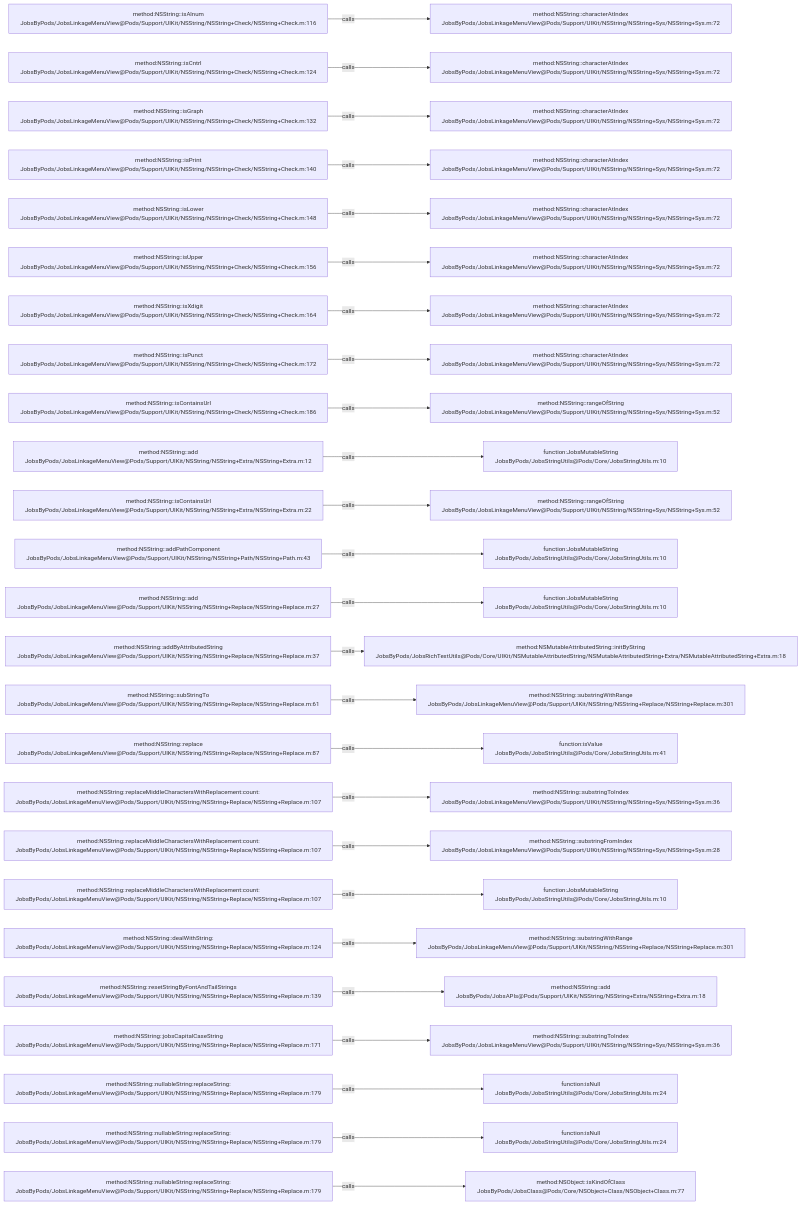
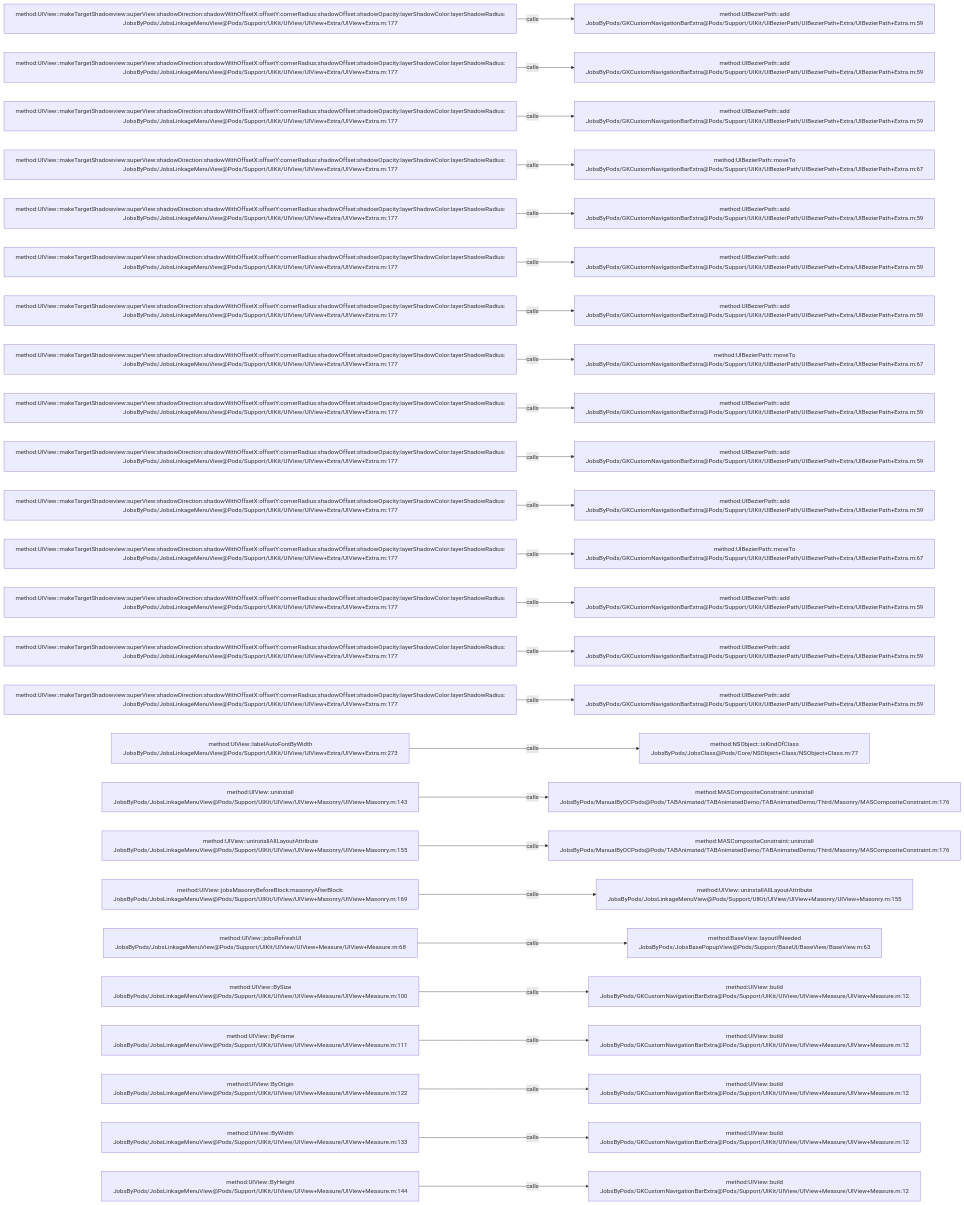
The diagram in .codegraph/codegraph.md/graphs/calls-104.md (JobsKits/JobsOCBaseConfigDemo), drawn with Mermaid before and after one commit. The commit also changed 639 other files, not shown here.

````diff
--- a/.codegraph/codegraph.md/graphs/calls-104.md
+++ b/.codegraph/codegraph.md/graphs/calls-104.md
@@ -13,78 +13,78 @@
 ```mermaid
 flowchart LR
-  S1["method:NSString::isAlnum<br/>JobsByPods/JobsLinkageMenuView@Pods/Support/UIKit/NSString/NSString+Check/NSString+Check.m:116"]
-  T1["method:NSString::characterAtIndex<br/>JobsByPods/JobsLinkageMenuView@Pods/Support/UIKit/NSString/NSString+Sys/NSString+Sys.m:72"]
+  S1["method:UIView::makeTargetShadowview:superView:shadowDirection:shadowWithOffsetX:offsetY:cornerRadius:shadowOffset:shadowOpacity:layerShadowColor:layerShadowRadius:<br/>JobsByPods/JobsLinkageMenuView@Pods/Support/UIKit/UIView/UIView+Extra/UIView+Extra.m:177"]
+  T1["method:UIBezierPath::add<br/>JobsByPods/GKCustomNavigationBarExtra@Pods/Support/UIKit/UIBezierPath/UIBezierPath+Extra/UIBezierPath+Extra.m:59"]
   S1 -->|calls| T1
-  S2["method:NSString::isCntrl<br/>JobsByPods/JobsLinkageMenuView@Pods/Support/UIKit/NSString/NSString+Check/NSString+Check.m:124"]
-  T2["method:NSString::characterAtIndex<br/>JobsByPods/JobsLinkageMenuView@Pods/Support/UIKit/NSString/NSString+Sys/NSString+Sys.m:72"]
+  S2["method:UIView::makeTargetShadowview:superView:shadowDirection:shadowWithOffsetX:offsetY:cornerRadius:shadowOffset:shadowOpacity:layerShadowColor:layerShadowRadius:<br/>JobsByPods/JobsLinkageMenuView@Pods/Support/UIKit/UIView/UIView+Extra/UIView+Extra.m:177"]
+  T2["method:UIBezierPath::add<br/>JobsByPods/GKCustomNavigationBarExtra@Pods/Support/UIKit/UIBezierPath/UIBezierPath+Extra/UIBezierPath+Extra.m:59"]
   S2 -->|calls| T2
-  S3["method:NSString::isGraph<br/>JobsByPods/JobsLinkageMenuView@Pods/Support/UIKit/NSString/NSString+Check/NSString+Check.m:132"]
-  T3["method:NSString::characterAtIndex<br/>JobsByPods/JobsLinkageMenuView@Pods/Support/UIKit/NSString/NSString+Sys/NSString+Sys.m:72"]
+  S3["method:UIView::makeTargetShadowview:superView:shadowDirection:shadowWithOffsetX:offsetY:cornerRadius:shadowOffset:shadowOpacity:layerShadowColor:layerShadowRadius:<br/>JobsByPods/JobsLinkageMenuView@Pods/Support/UIKit/UIView/UIView+Extra/UIView+Extra.m:177"]
+  T3["method:UIBezierPath::add<br/>JobsByPods/GKCustomNavigationBarExtra@Pods/Support/UIKit/UIBezierPath/UIBezierPath+Extra/UIBezierPath+Extra.m:59"]
   S3 -->|calls| T3
-  S4["method:NSString::isPrint<br/>JobsByPods/JobsLinkageMenuView@Pods/Support/UIKit/NSString/NSString+Check/NSString+Check.m:140"]
-  T4["method:NSString::characterAtIndex<br/>JobsByPods/JobsLinkageMenuView@Pods/Support/UIKit/NSString/NSString+Sys/NSString+Sys.m:72"]
+  S4["method:UIView::makeTargetShadowview:superView:shadowDirection:shadowWithOffsetX:offsetY:cornerRadius:shadowOffset:shadowOpacity:layerShadowColor:layerShadowRadius:<br/>JobsByPods/JobsLinkageMenuView@Pods/Support/UIKit/UIView/UIView+Extra/UIView+Extra.m:177"]
+  T4["method:UIBezierPath::moveTo<br/>JobsByPods/GKCustomNavigationBarExtra@Pods/Support/UIKit/UIBezierPath/UIBezierPath+Extra/UIBezierPath+Extra.m:67"]
   S4 -->|calls| T4
-  S5["method:NSString::isLower<br/>JobsByPods/JobsLinkageMenuView@Pods/Support/UIKit/NSString/NSString+Check/NSString+Check.m:148"]
-  T5["method:NSString::characterAtIndex<br/>JobsByPods/JobsLinkageMenuView@Pods/Support/UIKit/NSString/NSString+Sys/NSString+Sys.m:72"]
+  S5["method:UIView::makeTargetShadowview:superView:shadowDirection:shadowWithOffsetX:offsetY:cornerRadius:shadowOffset:shadowOpacity:layerShadowColor:layerShadowRadius:<br/>JobsByPods/JobsLinkageMenuView@Pods/Support/UIKit/UIView/UIView+Extra/UIView+Extra.m:177"]
+  T5["method:UIBezierPath::add<br/>JobsByPods/GKCustomNavigationBarExtra@Pods/Support/UIKit/UIBezierPath/UIBezierPath+Extra/UIBezierPath+Extra.m:59"]
   S5 -->|calls| T5
-  S6["method:NSString::isUpper<br/>JobsByPods/JobsLinkageMenuView@Pods/Support/UIKit/NSString/NSString+Check/NSString+Check.m:156"]
-  T6["method:NSString::characterAtIndex<br/>JobsByPods/JobsLinkageMenuView@Pods/Support/UIKit/NSString/NSString+Sys/NSString+Sys.m:72"]
+  S6["method:UIView::makeTargetShadowview:superView:shadowDirection:shadowWithOffsetX:offsetY:cornerRadius:shadowOffset:shadowOpacity:layerShadowColor:layerShadowRadius:<br/>JobsByPods/JobsLinkageMenuView@Pods/Support/UIKit/UIView/UIView+Extra/UIView+Extra.m:177"]
+  T6["method:UIBezierPath::add<br/>JobsByPods/GKCustomNavigationBarExtra@Pods/Support/UIKit/UIBezierPath/UIBezierPath+Extra/UIBezierPath+Extra.m:59"]
   S6 -->|calls| T6
-  S7["method:NSString::isXdigit<br/>JobsByPods/JobsLinkageMenuView@Pods/Support/UIKit/NSString/NSString+Check/NSString+Check.m:164"]
-  T7["method:NSString::characterAtIndex<br/>JobsByPods/JobsLinkageMenuView@Pods/Support/UIKit/NSString/NSString+Sys/NSString+Sys.m:72"]
+  S7["method:UIView::makeTargetShadowview:superView:shadowDirection:shadowWithOffsetX:offsetY:cornerRadius:shadowOffset:shadowOpacity:layerShadowColor:layerShadowRadius:<br/>JobsByPods/JobsLinkageMenuView@Pods/Support/UIKit/UIView/UIView+Extra/UIView+Extra.m:177"]
+  T7["method:UIBezierPath::add<br/>JobsByPods/GKCustomNavigationBarExtra@Pods/Support/UIKit/UIBezierPath/UIBezierPath+Extra/UIBezierPath+Extra.m:59"]
   S7 -->|calls| T7
-  S8["method:NSString::isPunct<br/>JobsByPods/JobsLinkageMenuView@Pods/Support/UIKit/NSString/NSString+Check/NSString+Check.m:172"]
-  T8["method:NSString::characterAtIndex<br/>JobsByPods/JobsLinkageMenuView@Pods/Support/UIKit/NSString/NSString+Sys/NSString+Sys.m:72"]
+  S8["method:UIView::makeTargetShadowview:superView:shadowDirection:shadowWithOffsetX:offsetY:cornerRadius:shadowOffset:shadowOpacity:layerShadowColor:layerShadowRadius:<br/>JobsByPods/JobsLinkageMenuView@Pods/Support/UIKit/UIView/UIView+Extra/UIView+Extra.m:177"]
+  T8["method:UIBezierPath::moveTo<br/>JobsByPods/GKCustomNavigationBarExtra@Pods/Support/UIKit/UIBezierPath/UIBezierPath+Extra/UIBezierPath+Extra.m:67"]
   S8 -->|calls| T8
-  S9["method:NSString::isContainsUrl<br/>JobsByPods/JobsLinkageMenuView@Pods/Support/UIKit/NSString/NSString+Check/NSString+Check.m:186"]
-  T9["method:NSString::rangeOfString<br/>JobsByPods/JobsLinkageMenuView@Pods/Support/UIKit/NSString/NSString+Sys/NSString+Sys.m:52"]
+  S9["method:UIView::makeTargetShadowview:superView:shadowDirection:shadowWithOffsetX:offsetY:cornerRadius:shadowOffset:shadowOpacity:layerShadowColor:layerShadowRadius:<br/>JobsByPods/JobsLinkageMenuView@Pods/Support/UIKit/UIView/UIView+Extra/UIView+Extra.m:177"]
+  T9["method:UIBezierPath::add<br/>JobsByPods/GKCustomNavigationBarExtra@Pods/Support/UIKit/UIBezierPath/UIBezierPath+Extra/UIBezierPath+Extra.m:59"]
   S9 -->|calls| T9
-  S10["method:NSString::add<br/>JobsByPods/JobsLinkageMenuView@Pods/Support/UIKit/NSString/NSString+Extra/NSString+Extra.m:12"]
-  T10["function:JobsMutableString<br/>JobsByPods/JobsStringUtils@Pods/Core/JobsStringUtils.m:10"]
+  S10["method:UIView::makeTargetShadowview:superView:shadowDirection:shadowWithOffsetX:offsetY:cornerRadius:shadowOffset:shadowOpacity:layerShadowColor:layerShadowRadius:<br/>JobsByPods/JobsLinkageMenuView@Pods/Support/UIKit/UIView/UIView+Extra/UIView+Extra.m:177"]
+  T10["method:UIBezierPath::add<br/>JobsByPods/GKCustomNavigationBarExtra@Pods/Support/UIKit/UIBezierPath/UIBezierPath+Extra/UIBezierPath+Extra.m:59"]
   S10 -->|calls| T10
-  S11["method:NSString::isContainsUrl<br/>JobsByPods/JobsLinkageMenuView@Pods/Support/UIKit/NSString/NSString+Extra/NSString+Extra.m:22"]
-  T11["method:NSString::rangeOfString<br/>JobsByPods/JobsLinkageMenuView@Pods/Support/UIKit/NSString/NSString+Sys/NSString+Sys.m:52"]
+  S11["method:UIView::makeTargetShadowview:superView:shadowDirection:shadowWithOffsetX:offsetY:cornerRadius:shadowOffset:shadowOpacity:layerShadowColor:layerShadowRadius:<br/>JobsByPods/JobsLinkageMenuView@Pods/Support/UIKit/UIView/UIView+Extra/UIView+Extra.m:177"]
+  T11["method:UIBezierPath::add<br/>JobsByPods/GKCustomNavigationBarExtra@Pods/Support/UIKit/UIBezierPath/UIBezierPath+Extra/UIBezierPath+Extra.m:59"]
   S11 -->|calls| T11
-  S12["method:NSString::addPathComponent<br/>JobsByPods/JobsLinkageMenuView@Pods/Support/UIKit/NSString/NSString+Path/NSString+Path.m:43"]
-  T12["function:JobsMutableString<br/>JobsByPods/JobsStringUtils@Pods/Core/JobsStringUtils.m:10"]
+  S12["method:UIView::makeTargetShadowview:superView:shadowDirection:shadowWithOffsetX:offsetY:cornerRadius:shadowOffset:shadowOpacity:layerShadowColor:layerShadowRadius:<br/>JobsByPods/JobsLinkageMenuView@Pods/Support/UIKit/UIView/UIView+Extra/UIView+Extra.m:177"]
+  T12["method:UIBezierPath::moveTo<br/>JobsByPods/GKCustomNavigationBarExtra@Pods/Support/UIKit/UIBezierPath/UIBezierPath+Extra/UIBezierPath+Extra.m:67"]
   S12 -->|calls| T12
-  S13["method:NSString::add<br/>JobsByPods/JobsLinkageMenuView@Pods/Support/UIKit/NSString/NSString+Replace/NSString+Replace.m:27"]
-  T13["function:JobsMutableString<br/>JobsByPods/JobsStringUtils@Pods/Core/JobsStringUtils.m:10"]
+  S13["method:UIView::makeTargetShadowview:superView:shadowDirection:shadowWithOffsetX:offsetY:cornerRadius:shadowOffset:shadowOpacity:layerShadowColor:layerShadowRadius:<br/>JobsByPods/JobsLinkageMenuView@Pods/Support/UIKit/UIView/UIView+Extra/UIView+Extra.m:177"]
+  T13["method:UIBezierPath::add<br/>JobsByPods/GKCustomNavigationBarExtra@Pods/Support/UIKit/UIBezierPath/UIBezierPath+Extra/UIBezierPath+Extra.m:59"]
   S13 -->|calls| T13
-  S14["method:NSString::addByAttributedString<br/>JobsByPods/JobsLinkageMenuView@Pods/Support/UIKit/NSString/NSString+Replace/NSString+Replace.m:37"]
-  T14["method:NSMutableAttributedString::initByString<br/>JobsByPods/JobsRichTextUtils@Pods/Core/UIKit/NSMutableAttributedString/NSMutableAttributedString+Extra/NSMutableAttributedString+Extra.m:18"]
+  S14["method:UIView::makeTargetShadowview:superView:shadowDirection:shadowWithOffsetX:offsetY:cornerRadius:shadowOffset:shadowOpacity:layerShadowColor:layerShadowRadius:<br/>JobsByPods/JobsLinkageMenuView@Pods/Support/UIKit/UIView/UIView+Extra/UIView+Extra.m:177"]
+  T14["method:UIBezierPath::add<br/>JobsByPods/GKCustomNavigationBarExtra@Pods/Support/UIKit/UIBezierPath/UIBezierPath+Extra/UIBezierPath+Extra.m:59"]
   S14 -->|calls| T14
-  S15["method:NSString::subStringTo<br/>JobsByPods/JobsLinkageMenuView@Pods/Support/UIKit/NSString/NSString+Replace/NSString+Replace.m:61"]
-  T15["method:NSString::substringWithRange<br/>JobsByPods/JobsLinkageMenuView@Pods/Support/UIKit/NSString/NSString+Replace/NSString+Replace.m:301"]
+  S15["method:UIView::makeTargetShadowview:superView:shadowDirection:shadowWithOffsetX:offsetY:cornerRadius:shadowOffset:shadowOpacity:layerShadowColor:layerShadowRadius:<br/>JobsByPods/JobsLinkageMenuView@Pods/Support/UIKit/UIView/UIView+Extra/UIView+Extra.m:177"]
+  T15["method:UIBezierPath::add<br/>JobsByPods/GKCustomNavigationBarExtra@Pods/Support/UIKit/UIBezierPath/UIBezierPath+Extra/UIBezierPath+Extra.m:59"]
   S15 -->|calls| T15
-  S16["method:NSString::replace<br/>JobsByPods/JobsLinkageMenuView@Pods/Support/UIKit/NSString/NSString+Replace/NSString+Replace.m:87"]
-  T16["function:isValue<br/>JobsByPods/JobsStringUtils@Pods/Core/JobsStringUtils.m:41"]
+  S16["method:UIView::labelAutoFontByWidth<br/>JobsByPods/JobsLinkageMenuView@Pods/Support/UIKit/UIView/UIView+Extra/UIView+Extra.m:273"]
+  T16["method:NSObject::isKindOfClass<br/>JobsByPods/JobsClass@Pods/Core/NSObject+Class/NSObject+Class.m:77"]
   S16 -->|calls| T16
-  S17["method:NSString::replaceMiddleCharactersWithReplacement:count:<br/>JobsByPods/JobsLinkageMenuView@Pods/Support/UIKit/NSString/NSString+Replace/NSString+Replace.m:107"]
-  T17["method:NSString::substringToIndex<br/>JobsByPods/JobsLinkageMenuView@Pods/Support/UIKit/NSString/NSString+Sys/NSString+Sys.m:36"]
+  S17["method:UIView::uninstall<br/>JobsByPods/JobsLinkageMenuView@Pods/Support/UIKit/UIView/UIView+Masonry/UIView+Masonry.m:143"]
+  T17["method:MASCompositeConstraint::uninstall<br/>JobsByPods/ManualByOCPods@Pods/TABAnimated/TABAnimatedDemo/TABAnimatedDemo/Third/Masonry/MASCompositeConstraint.m:176"]
   S17 -->|calls| T17
-  S18["method:NSString::replaceMiddleCharactersWithReplacement:count:<br/>JobsByPods/JobsLinkageMenuView@Pods/Support/UIKit/NSString/NSString+Replace/NSString+Replace.m:107"]
-  T18["method:NSString::substringFromIndex<br/>JobsByPods/JobsLinkageMenuView@Pods/Support/UIKit/NSString/NSString+Sys/NSString+Sys.m:28"]
+  S18["method:UIView::uninstallAllLayoutAttribute<br/>JobsByPods/JobsLinkageMenuView@Pods/Support/UIKit/UIView/UIView+Masonry/UIView+Masonry.m:155"]
+  T18["method:MASCompositeConstraint::uninstall<br/>JobsByPods/ManualByOCPods@Pods/TABAnimated/TABAnimatedDemo/TABAnimatedDemo/Third/Masonry/MASCompositeConstraint.m:176"]
   S18 -->|calls| T18
-  S19["method:NSString::replaceMiddleCharactersWithReplacement:count:<br/>JobsByPods/JobsLinkageMenuView@Pods/Support/UIKit/NSString/NSString+Replace/NSString+Replace.m:107"]
-  T19["function:JobsMutableString<br/>JobsByPods/JobsStringUtils@Pods/Core/JobsStringUtils.m:10"]
+  S19["method:UIView::jobsMasonryBeforeBlock:masonryAfterBlock:<br/>JobsByPods/JobsLinkageMenuView@Pods/Support/UIKit/UIView/UIView+Masonry/UIView+Masonry.m:169"]
+  T19["method:UIView::uninstallAllLayoutAttribute<br/>JobsByPods/JobsLinkageMenuView@Pods/Support/UIKit/UIView/UIView+Masonry/UIView+Masonry.m:155"]
   S19 -->|calls| T19
-  S20["method:NSString::dealWithString:<br/>JobsByPods/JobsLinkageMenuView@Pods/Support/UIKit/NSString/NSString+Replace/NSString+Replace.m:124"]
-  T20["method:NSString::substringWithRange<br/>JobsByPods/JobsLinkageMenuView@Pods/Support/UIKit/NSString/NSString+Replace/NSString+Replace.m:301"]
+  S20["method:UIView::jobsRefreshUI<br/>JobsByPods/JobsLinkageMenuView@Pods/Support/UIKit/UIView/UIView+Measure/UIView+Measure.m:68"]
+  T20["method:BaseView::layoutIfNeeded<br/>JobsByPods/JobsBasePopupView@Pods/Support/BaseUI/BaseView/BaseView.m:63"]
   S20 -->|calls| T20
-  S21["method:NSString::resetStringByFontAndTailStrings<br/>JobsByPods/JobsLinkageMenuView@Pods/Support/UIKit/NSString/NSString+Replace/NSString+Replace.m:139"]
-  T21["method:NSString::add<br/>JobsByPods/JobsAPIs@Pods/Support/UIKit/NSString/NSString+Extra/NSString+Extra.m:18"]
+  S21["method:UIView::BySize<br/>JobsByPods/JobsLinkageMenuView@Pods/Support/UIKit/UIView/UIView+Measure/UIView+Measure.m:100"]
+  T21["method:UIView::build<br/>JobsByPods/GKCustomNavigationBarExtra@Pods/Support/UIKit/UIView/UIView+Measure/UIView+Measure.m:12"]
   S21 -->|calls| T21
-  S22["method:NSString::jobsCapitalCaseString<br/>JobsByPods/JobsLinkageMenuView@Pods/Support/UIKit/NSString/NSString+Replace/NSString+Replace.m:171"]
-  T22["method:NSString::substringToIndex<br/>JobsByPods/JobsLinkageMenuView@Pods/Support/UIKit/NSString/NSString+Sys/NSString+Sys.m:36"]
+  S22["method:UIView::ByFrame<br/>JobsByPods/JobsLinkageMenuView@Pods/Support/UIKit/UIView/UIView+Measure/UIView+Measure.m:111"]
+  T22["method:UIView::build<br/>JobsByPods/GKCustomNavigationBarExtra@Pods/Support/UIKit/UIView/UIView+Measure/UIView+Measure.m:12"]
   S22 -->|calls| T22
-  S23["method:NSString::nullableString:replaceString:<br/>JobsByPods/JobsLinkageMenuView@Pods/Support/UIKit/NSString/NSString+Replace/NSString+Replace.m:179"]
-  T23["function:isNull<br/>JobsByPods/JobsStringUtils@Pods/Core/JobsStringUtils.m:24"]
+  S23["method:UIView::ByOrigin<br/>JobsByPods/JobsLinkageMenuView@Pods/Support/UIKit/UIView/UIView+Measure/UIView+Measure.m:122"]
+  T23["method:UIView::build<br/>JobsByPods/GKCustomNavigationBarExtra@Pods/Support/UIKit/UIView/UIView+Measure/UIView+Measure.m:12"]
   S23 -->|calls| T23
-  S24["method:NSString::nullableString:replaceString:<br/>JobsByPods/JobsLinkageMenuView@Pods/Support/UIKit/NSString/NSString+Replace/NSString+Replace.m:179"]
-  T24["function:isNull<br/>JobsByPods/JobsStringUtils@Pods/Core/JobsStringUtils.m:24"]
+  S24["method:UIView::ByWidth<br/>JobsByPods/JobsLinkageMenuView@Pods/Support/UIKit/UIView/UIView+Measure/UIView+Measure.m:133"]
+  T24["method:UIView::build<br/>JobsByPods/GKCustomNavigationBarExtra@Pods/Support/UIKit/UIView/UIView+Measure/UIView+Measure.m:12"]
   S24 -->|calls| T24
-  S25["method:NSString::nullableString:replaceString:<br/>JobsByPods/JobsLinkageMenuView@Pods/Support/UIKit/NSString/NSString+Replace/NSString+Replace.m:179"]
-  T25["method:NSObject::isKindOfClass<br/>JobsByPods/JobsClass@Pods/Core/NSObject+Class/NSObject+Class.m:77"]
+  S25["method:UIView::ByHeight<br/>JobsByPods/JobsLinkageMenuView@Pods/Support/UIKit/UIView/UIView+Measure/UIView+Measure.m:144"]
+  T25["method:UIView::build<br/>JobsByPods/GKCustomNavigationBarExtra@Pods/Support/UIKit/UIView/UIView+Measure/UIView+Measure.m:12"]
   S25 -->|calls| T25
 ```
````
